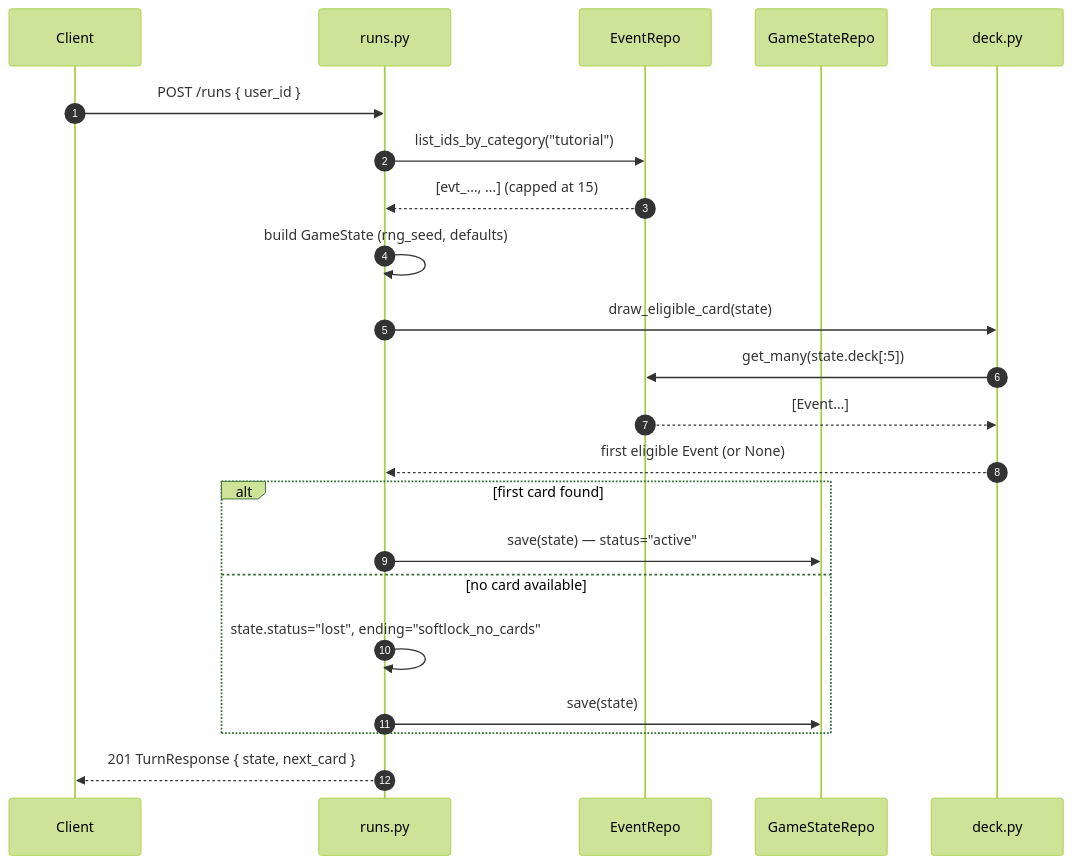
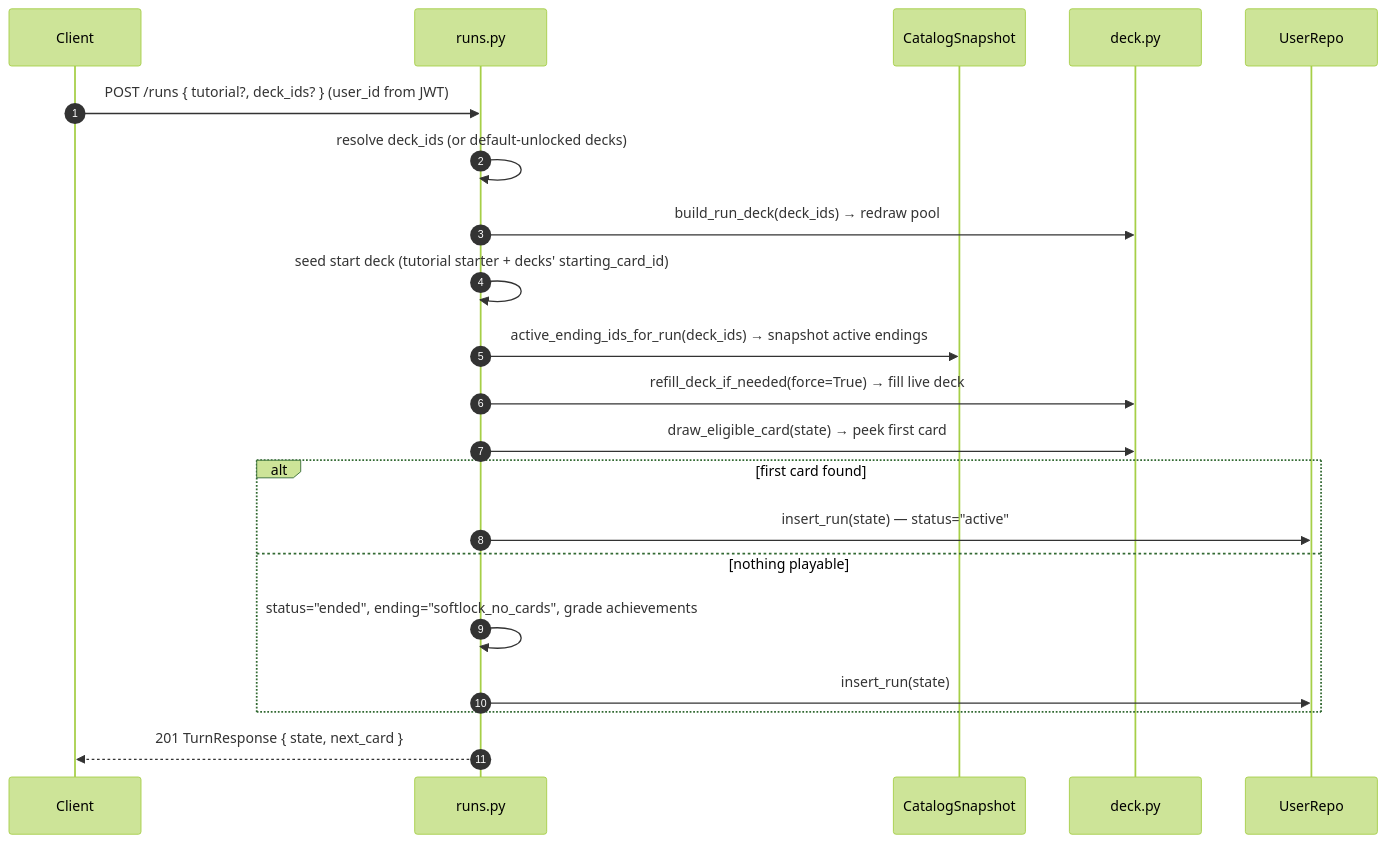
One commit to Scarred95/FATCHAD changed the second of 5 diagrams in documentation/backend_documentation/GAME_FLOW.md. Above: the diagram before and after it, drawn with Mermaid (forest theme). The commit also changed other lines of this file and 12 other files, not shown here.

First line of the commit message:
docs: restructure doc-set, accuracy audit + guest flow

````diff
--- a/documentation/backend_documentation/GAME_FLOW.md
+++ b/documentation/backend_documentation/GAME_FLOW.md
@@ -33,25 +37,24 @@
 ```mermaid
 sequenceDiagram
     autonumber
     participant C  as Client
     participant R  as runs.py
-    participant E  as EventRepo
-    participant S  as GameStateRepo
+    participant K  as CatalogSnapshot
     participant D  as deck.py
+    participant U  as UserRepo
 
-    C ->> R: POST /runs { user_id }
-    R ->> E: list_ids_by_category("tutorial")
-    E -->> R: [evt_…, …] (capped at 15)
-    R ->> R: build GameState (rng_seed, defaults)
-    R ->> D: draw_eligible_card(state)
-    D ->> E: get_many(state.deck[:5])
-    E -->> D: [Event…]
-    D -->> R: first eligible Event (or None)
+    C ->> R: POST /runs { tutorial?, deck_ids? }  (user_id from JWT)
+    R ->> R: resolve deck_ids (or default-unlocked decks)
+    R ->> D: build_run_deck(deck_ids) → redraw pool
+    R ->> R: seed start deck (tutorial starter + decks' starting_card_id)
+    R ->> K: active_ending_ids_for_run(deck_ids) → snapshot active endings
+    R ->> D: refill_deck_if_needed(force=True) → fill live deck
+    R ->> D: draw_eligible_card(state) → peek first card
     alt first card found
-        R ->> S: save(state)  — status="active"
-    else no card available
-        R ->> R: state.status="lost", ending="softlock_no_cards"
-        R ->> S: save(state)
+        R ->> U: insert_run(state)  — status="active"
+    else nothing playable
+        R ->> R: status="ended", ending="softlock_no_cards", grade achievements
+        R ->> U: insert_run(state)
     end
     R -->> C: 201 TurnResponse { state, next_card }
 ```
````
